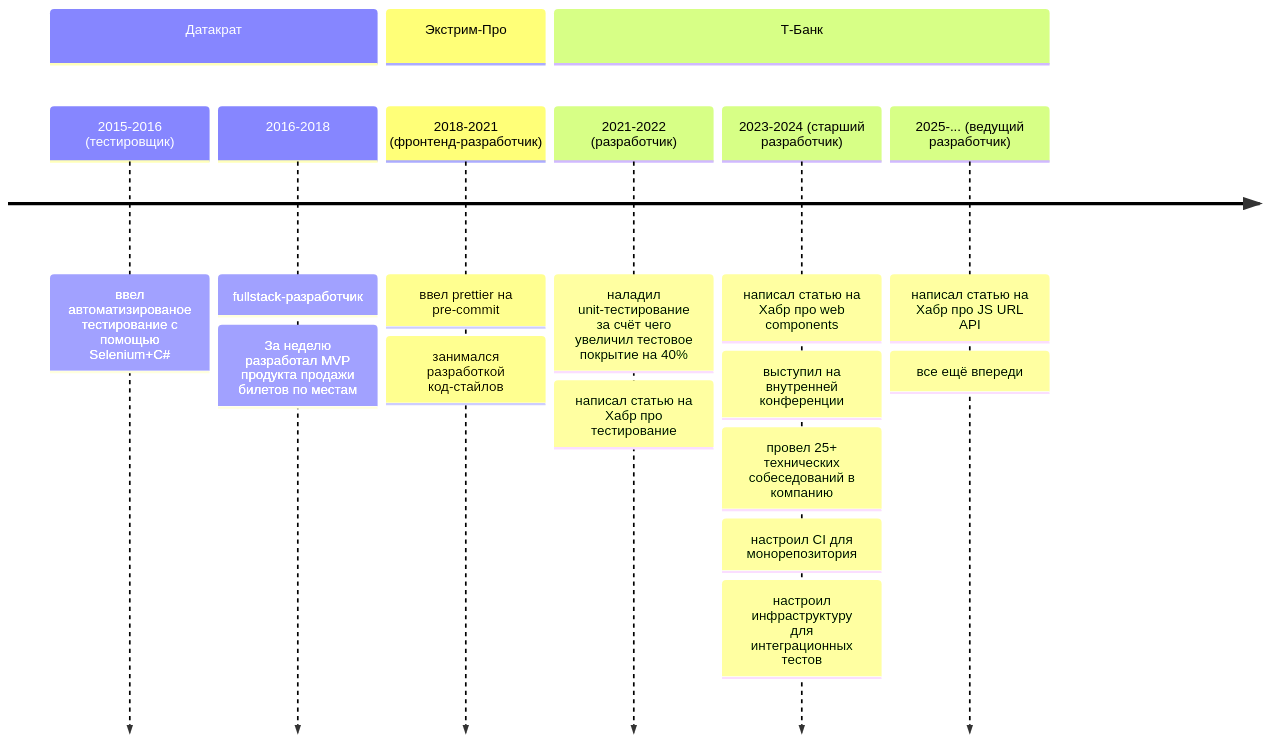
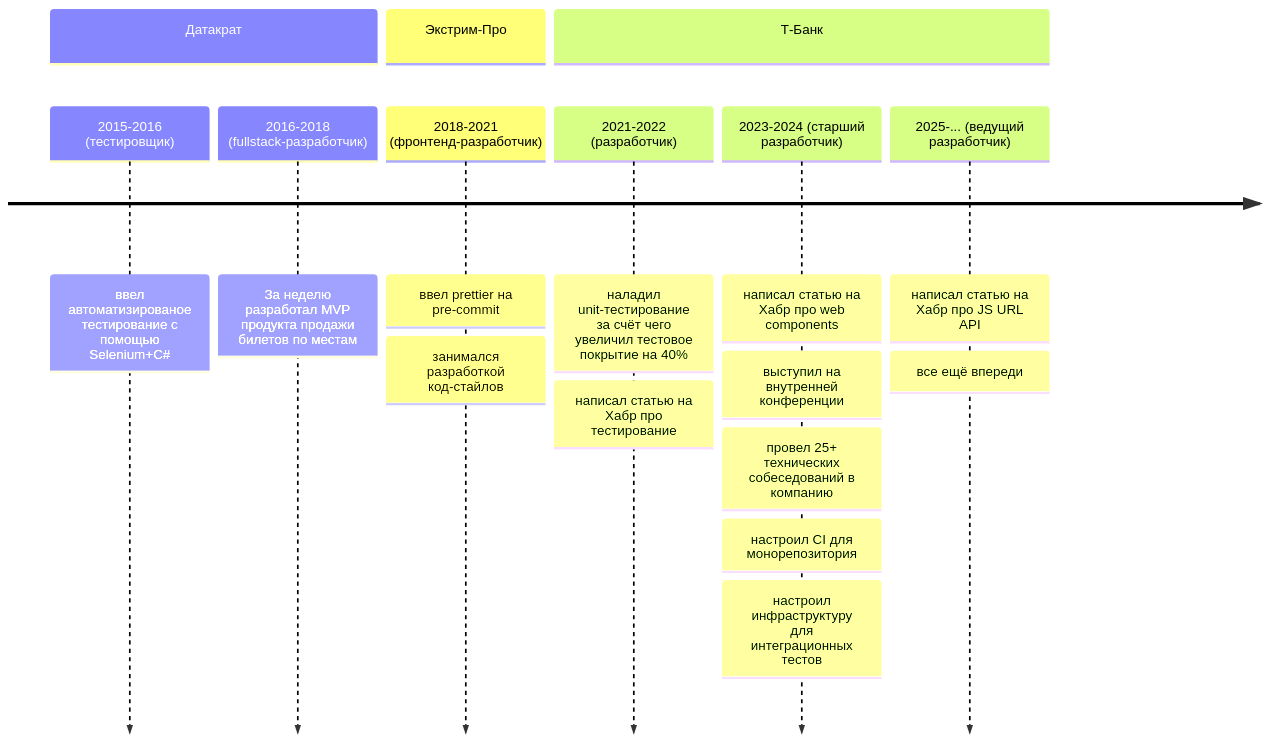
Before and after one commit to Goodzonchik/Goodzonchik: the first of 4 diagrams in README.md, drawn with Mermaid.

````diff
--- a/README.md
+++ b/README.md
@@ -7,20 +7,19 @@
 ```mermaid
 timeline
     section Датакрат
         2015-2016 (тестировщик) : ввел автоматизированое тестирование с помощью Selenium+C#
-        2016-2018 : fullstack-разработчик
-                  : За неделю разработал MVP продукта продажи билетов по местам
+        2016-2018 (fullstack-разработчик) : За неделю разработал MVP продукта продажи билетов по местам
     section Экстрим-Про
         2018-2021 (фронтенд-разработчик) : ввел prettier на pre-commit
                   : занимался разработкой код-стайлов
     section Т-Банк
         2021-2022 (разработчик) : наладил unit-тестирование за счёт чего увеличил тестовое покрытие на 40%
                   : написал статью на Хабр про тестирование
         2023-2024 (старший разработчик) : написал статью на Хабр про web components
                   : выступил на внутренней конференции
                   : провел 25+ технических собеседований в компанию
                   : настроил CI для монорепозитория
                   : настроил инфраструктуру для интеграционных тестов
         2025-... (ведущий разработчик) : написал статью на Хабр про JS URL API
                   : все ещё впереди
 ```
````
